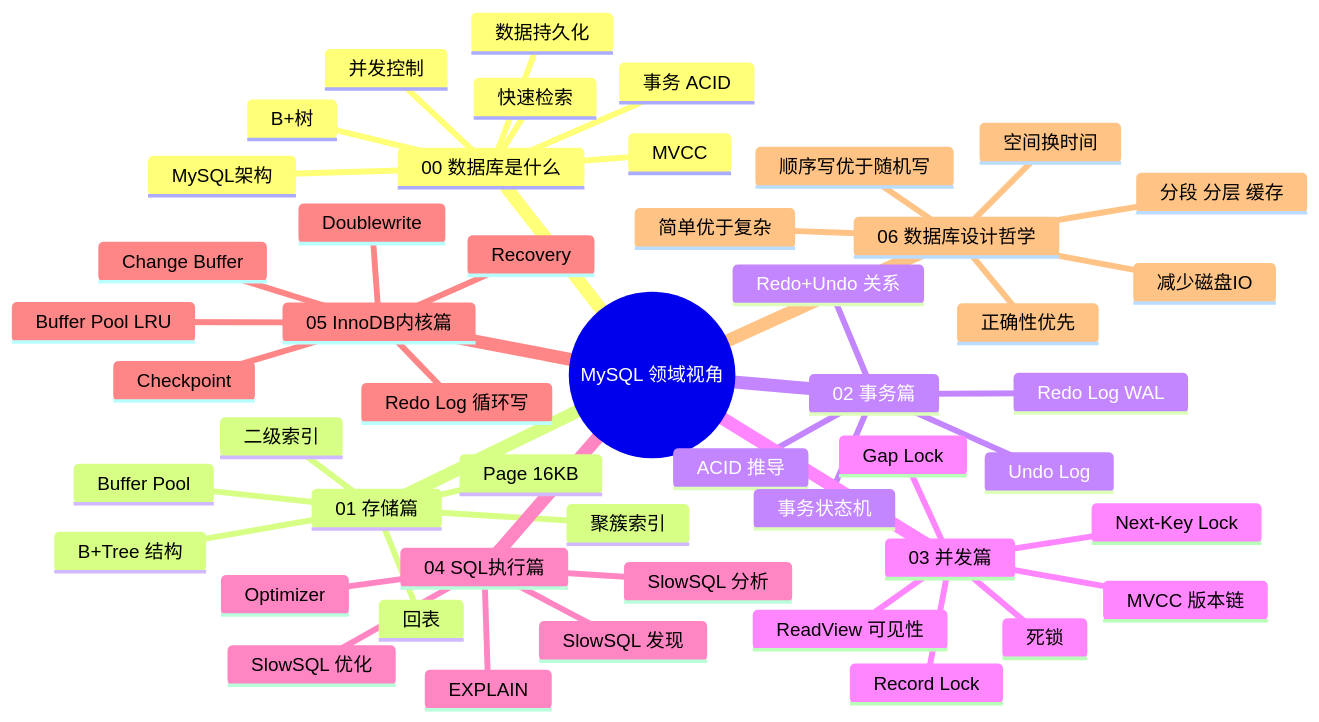
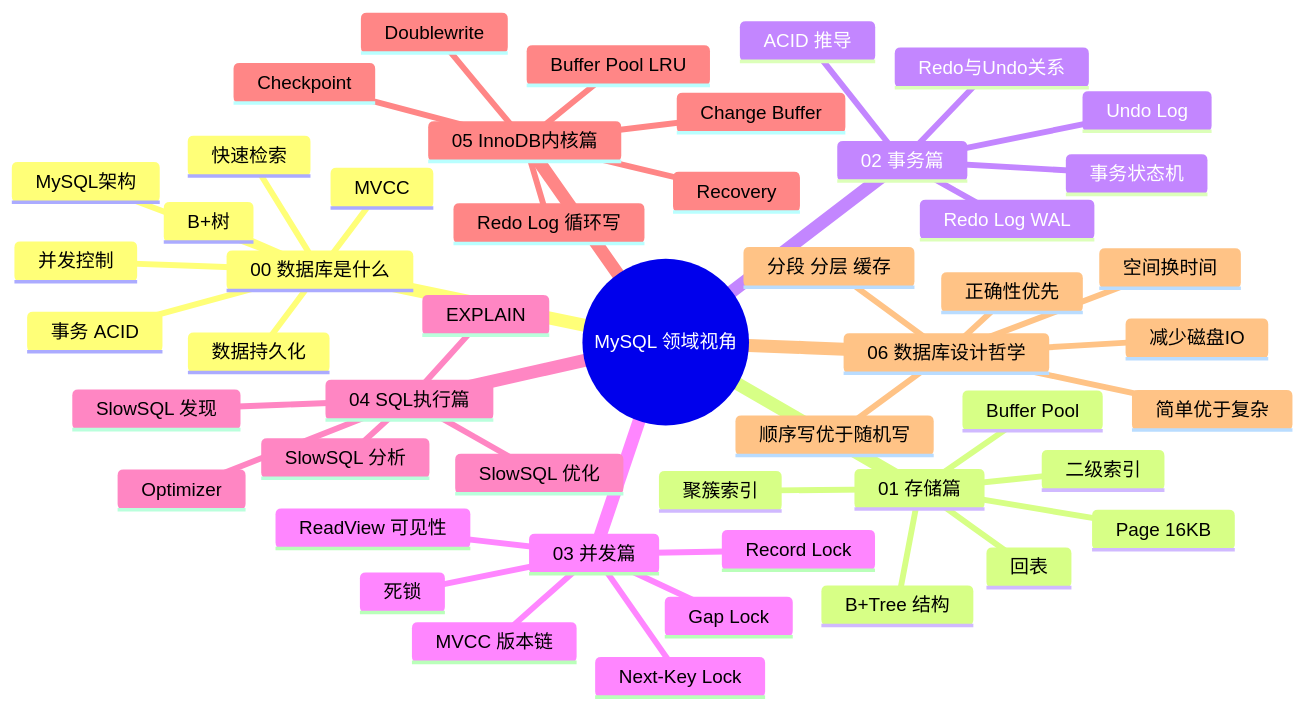
Before and after one commit to jingyu525/mysql-first-principles: the tenth of 11 diagrams in appendix/mind-maps/README.md, drawn with Mermaid. The commit also changed other lines of this file, not shown here.

Commit message:
fix: 修复 Mermaid 思维导图中特殊字符导致的 GitHub 渲染失败

````diff
--- a/appendix/mind-maps/README.md
+++ b/appendix/mind-maps/README.md
@@ -506,52 +506,52 @@
 ```mermaid
 mindmap
   root((MySQL 领域视角))
     00 数据库是什么
       数据持久化
       快速检索
       并发控制
       MySQL架构
       B+树
       事务 ACID
       MVCC
     01 存储篇
       Page 16KB
       Buffer Pool
       B+Tree 结构
       聚簇索引
       二级索引
       回表
     02 事务篇
       ACID 推导
       Redo Log WAL
       Undo Log
-      Redo+Undo 关系
+      Redo与Undo关系
       事务状态机
     03 并发篇
       MVCC 版本链
       ReadView 可见性
       Record Lock
       Gap Lock
       Next-Key Lock
       死锁
     04 SQL执行篇
       Optimizer
       EXPLAIN
       SlowSQL 发现
       SlowSQL 分析
       SlowSQL 优化
     05 InnoDB内核篇
       Buffer Pool LRU
       Redo Log 循环写
       Doublewrite
       Checkpoint
       Change Buffer
       Recovery
     06 数据库设计哲学
       减少磁盘IO
       空间换时间
       顺序写优于随机写
       分段 分层 缓存
       正确性优先
       简单优于复杂
 ```
````
